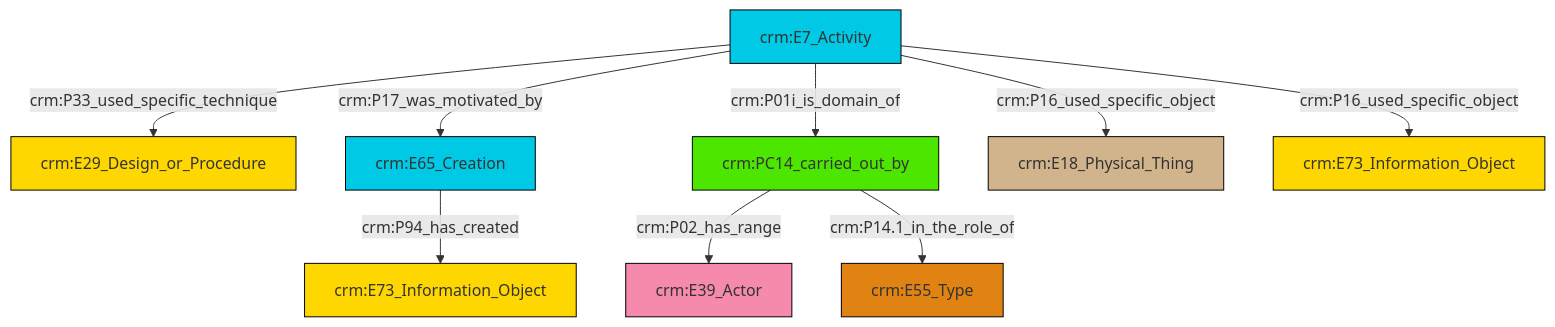
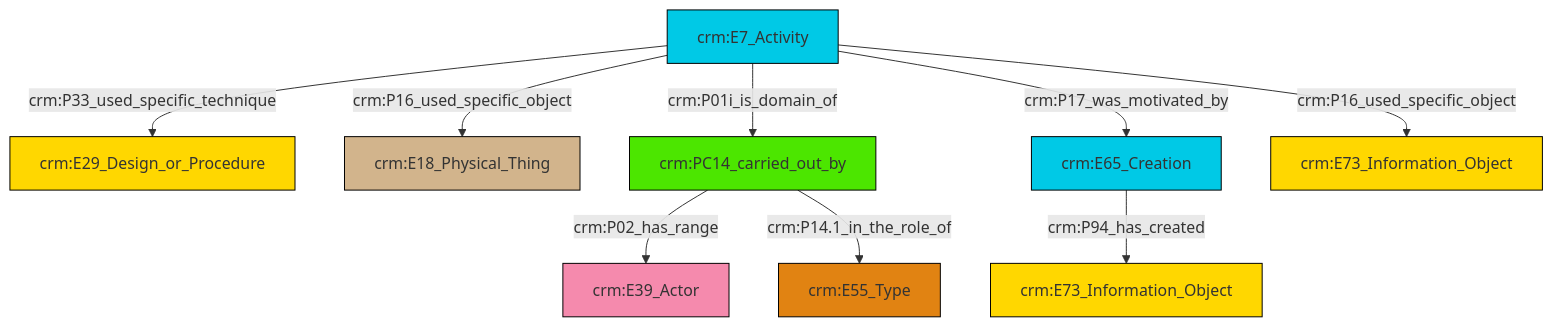
Before and after one commit to swiss-art-research-net/reference-data-models: the diagram in et/eventCSV/ttl/mmd/event_participation.ttl.mmd, drawn with Mermaid. The commit also changed 126 other files, not shown here.

```diff
--- a/et/eventCSV/ttl/mmd/event_participation.ttl.mmd
+++ b/et/eventCSV/ttl/mmd/event_participation.ttl.mmd
@@ -1,23 +1,23 @@
 graph TD
 classDef Literal fill:#f2f2f2,stroke:#000000;
 classDef CRM_Entity fill:#FFFFFF,stroke:#000000;
 classDef Temporal_Entity fill:#00C9E6, stroke:#000000;
 classDef Type fill:#E18312, stroke:#000000;
 classDef Time-Span fill:#2C9C91, stroke:#000000;
 classDef Appellation fill:#FFEB7F, stroke:#000000;
 classDef Place fill:#008836, stroke:#000000;
 classDef Persistent_Item fill:#B266B2, stroke:#000000;
 classDef Conceptual_Object fill:#FFD700, stroke:#000000;
 classDef Physical_Thing fill:#D2B48C, stroke:#000000;
 classDef Actor fill:#f58aad, stroke:#000000;
 classDef PC_Classes fill:#4ce600, stroke:#000000;
 classDef Multi fill:#cccccc,stroke:#000000;
 
-2["crm:PC14_carried_out_by"]:::PC_Classes -->|crm:P02_has_range| 4["crm:E39_Actor"]:::Actor
-8["crm:E7_Activity"]:::Temporal_Entity -->|crm:P16_used_specific_object| 9["crm:E18_Physical_Thing"]:::Physical_Thing
-2["crm:PC14_carried_out_by"]:::PC_Classes -->|crm:P14.1_in_the_role_of| 10["crm:E55_Type"]:::Type
-8["crm:E7_Activity"]:::Temporal_Entity -->|crm:P17_was_motivated_by| 6["crm:E65_Creation"]:::Temporal_Entity
-8["crm:E7_Activity"]:::Temporal_Entity -->|crm:P33_used_specific_technique| 0["crm:E29_Design_or_Procedure"]:::Conceptual_Object
-8["crm:E7_Activity"]:::Temporal_Entity -->|crm:P16_used_specific_object| 13["crm:E73_Information_Object"]:::Conceptual_Object
-8["crm:E7_Activity"]:::Temporal_Entity -->|crm:P01i_is_domain_of| 2["crm:PC14_carried_out_by"]:::PC_Classes
-6["crm:E65_Creation"]:::Temporal_Entity -->|crm:P94_has_created| 15["crm:E73_Information_Object"]:::Conceptual_Object
+0["crm:E7_Activity"]:::Temporal_Entity -->|crm:P33_used_specific_technique| 1["crm:E29_Design_or_Procedure"]:::Conceptual_Object
+7["crm:PC14_carried_out_by"]:::PC_Classes -->|crm:P02_has_range| 8["crm:E39_Actor"]:::Actor
+7["crm:PC14_carried_out_by"]:::PC_Classes -->|crm:P14.1_in_the_role_of| 10["crm:E55_Type"]:::Type
+0["crm:E7_Activity"]:::Temporal_Entity -->|crm:P01i_is_domain_of| 7["crm:PC14_carried_out_by"]:::PC_Classes
+12["crm:E65_Creation"]:::Temporal_Entity -->|crm:P94_has_created| 2["crm:E73_Information_Object"]:::Conceptual_Object
+0["crm:E7_Activity"]:::Temporal_Entity -->|crm:P16_used_specific_object| 14["crm:E73_Information_Object"]:::Conceptual_Object
+0["crm:E7_Activity"]:::Temporal_Entity -->|crm:P17_was_motivated_by| 12["crm:E65_Creation"]:::Temporal_Entity
+0["crm:E7_Activity"]:::Temporal_Entity -->|crm:P16_used_specific_object| 5["crm:E18_Physical_Thing"]:::Physical_Thing
```
